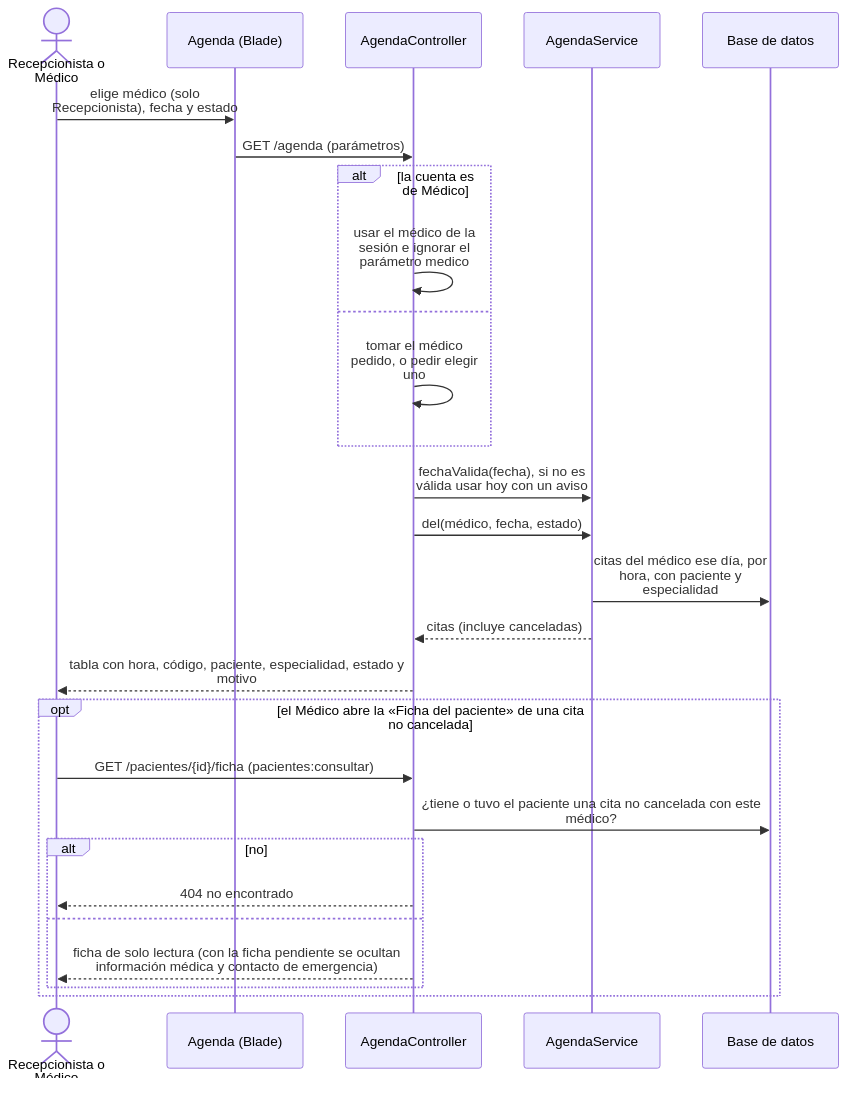
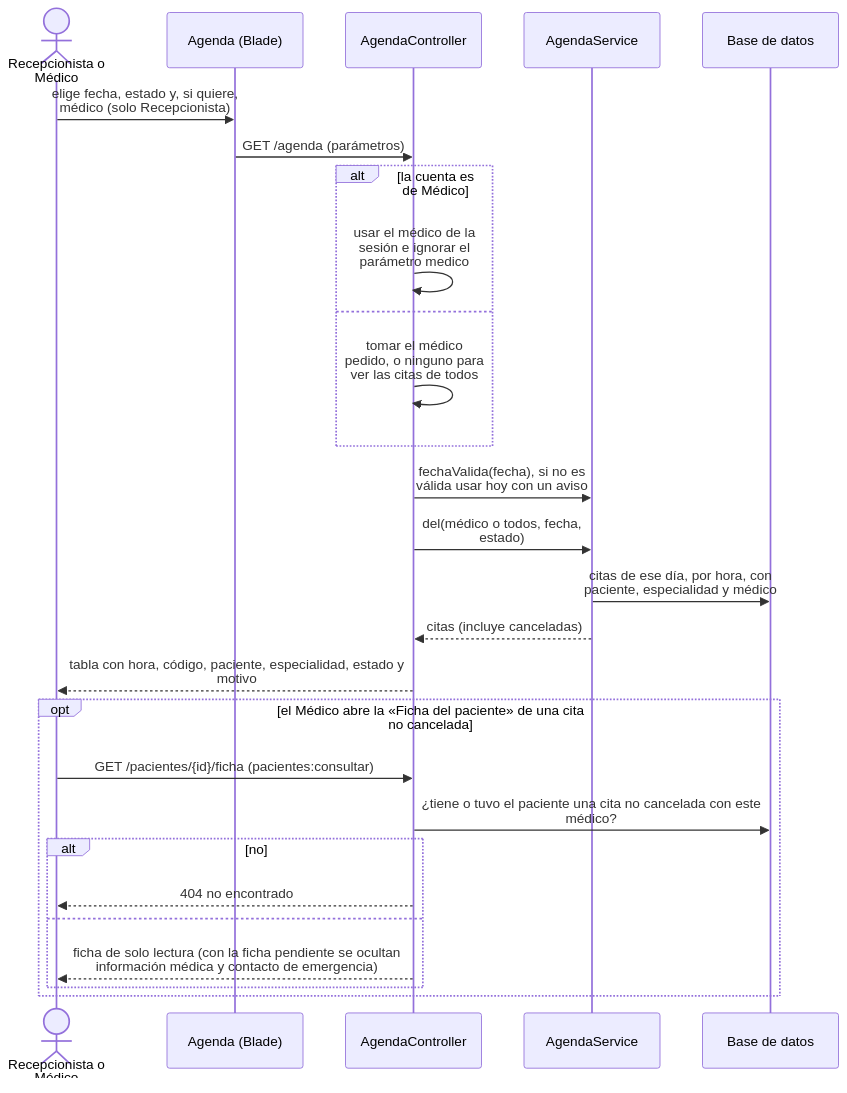
One commit to Einarpd26/2do-examen-ing-requisitos changed diagram 19 of 25 in documento/Informe-Final.md. Above: the diagram before and after it, drawn with Mermaid. The commit also changed other lines of this file and 4 other files, not shown here.

Commit message:
feat(agenda): permitir a la recepcionista consultar las citas de todos los medicos por fecha y estado (CU-13)

````diff
--- a/documento/Informe-Final.md
+++ b/documento/Informe-Final.md
@@ -1607,31 +1607,31 @@
 ```mermaid
 %%{init: {"sequence": {"wrap": true, "width": 160}}}%%
 sequenceDiagram
     actor U as Recepcionista o Médico
     participant V as Agenda (Blade)
     participant C as AgendaController
     participant S as AgendaService
     participant D as Base de datos
 
-    U->>V: elige médico (solo Recepcionista), fecha y estado
+    U->>V: elige fecha, estado y, si quiere, médico (solo Recepcionista)
     V->>C: GET /agenda (parámetros)
     alt la cuenta es de Médico
         C->>C: usar el médico de la sesión e ignorar el parámetro medico
     else
-        C->>C: tomar el médico pedido, o pedir elegir uno
+        C->>C: tomar el médico pedido, o ninguno para ver las citas de todos
     end
     C->>S: fechaValida(fecha), si no es válida usar hoy con un aviso
-    C->>S: del(médico, fecha, estado)
-    S->>D: citas del médico ese día, por hora, con paciente y especialidad
+    C->>S: del(médico o todos, fecha, estado)
+    S->>D: citas de ese día, por hora, con paciente, especialidad y médico
     S-->>C: citas (incluye canceladas)
     C-->>U: tabla con hora, código, paciente, especialidad, estado y motivo
     opt el Médico abre la «Ficha del paciente» de una cita no cancelada
         U->>C: GET /pacientes/{id}/ficha (pacientes:consultar)
         C->>D: ¿tiene o tuvo el paciente una cita no cancelada con este médico?
         alt no
             C-->>U: 404 no encontrado
         else
             C-->>U: ficha de solo lectura (con la ficha pendiente se ocultan información médica y contacto de emergencia)
         end
     end
 ```
````
